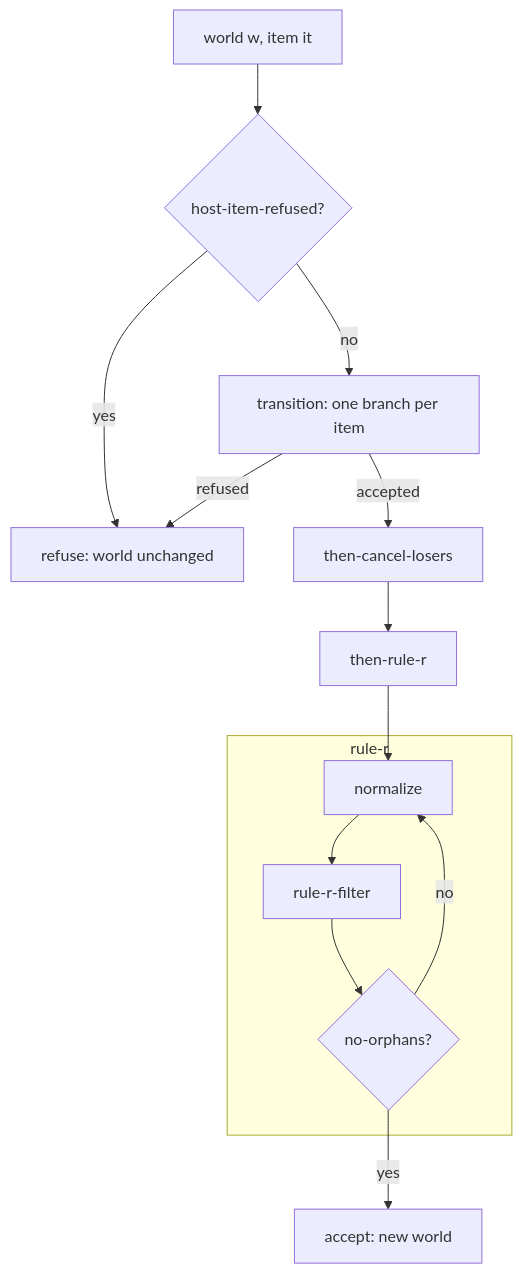
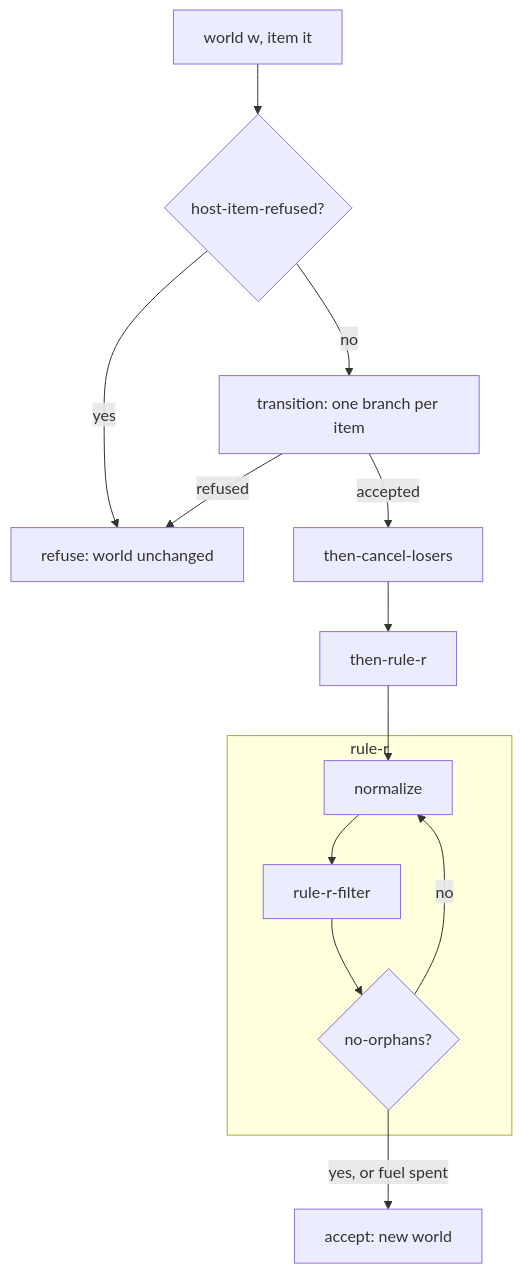
Before and after one commit to replikativ/spindel: the third of 4 diagrams in docs/engine-v2-overview.md, drawn with Mermaid. The commit also changed other lines of this file, not shown here.

````diff
--- a/docs/engine-v2-overview.md
+++ b/docs/engine-v2-overview.md
@@ -132,16 +149,16 @@
 ```mermaid
 flowchart TB
   IN["world w, item it"] --> G{"host-item-refused?"}
   G -->|yes| REF["refuse: world unchanged"]
   G -->|no| T["transition: one branch per item"]
   T -->|refused| REF
   T -->|accepted| CL["then-cancel-losers"]
   CL --> RR["then-rule-r"]
   subgraph RuleR["rule-r"]
     NZ["normalize"] --> FI["rule-r-filter"]
     FI --> Q{"no-orphans?"}
     Q -->|no| NZ
   end
   RR --> NZ
-  Q -->|yes| OUT["accept: new world"]
+  Q -->|"yes, or fuel spent"| OUT["accept: new world"]
 ```
````
